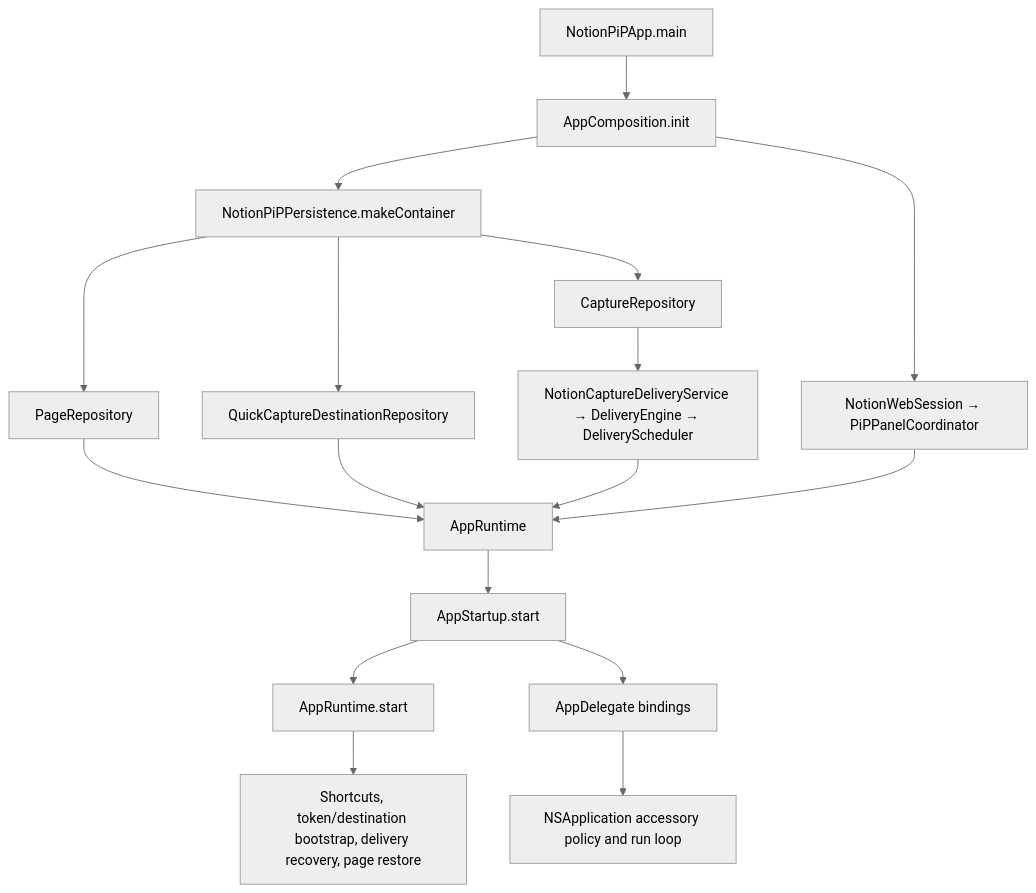
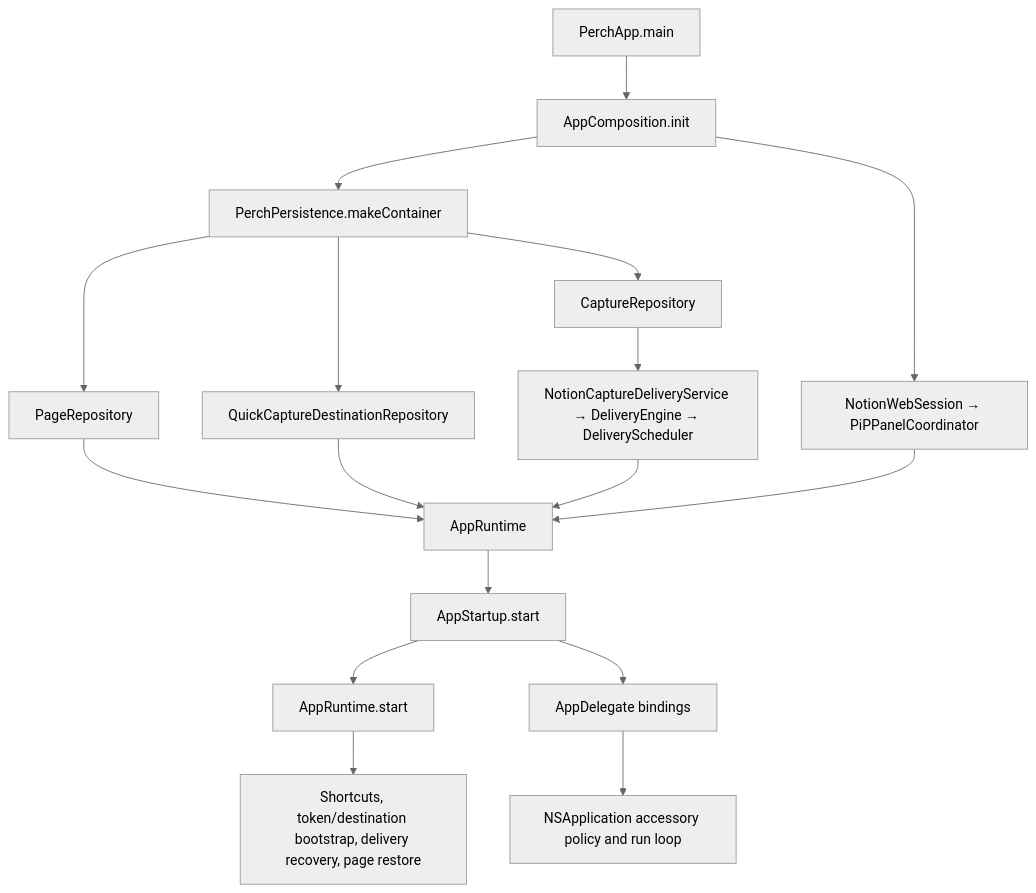
One commit to fantomsuj/notion-pip changed the first of 6 diagrams in docs/course/ARCHITECTURE_MAP.md. Above: the diagram before and after it, drawn with Mermaid (neutral theme). The commit also changed other lines of this file and 321 other files, not shown here.

Commit message:
Rename Notion PiP to Perch

````diff
--- a/docs/course/ARCHITECTURE_MAP.md
+++ b/docs/course/ARCHITECTURE_MAP.md
@@ -41,19 +41,19 @@
 ```mermaid
 flowchart TD
-    A["NotionPiPApp.main"] --> B["AppComposition.init"]
-    B --> C["NotionPiPPersistence.makeContainer"]
+    A["PerchApp.main"] --> B["AppComposition.init"]
+    B --> C["PerchPersistence.makeContainer"]
     C --> D["PageRepository"]
     C --> E["CaptureRepository"]
     C --> F["QuickCaptureDestinationRepository"]
     E --> G["NotionCaptureDeliveryService → DeliveryEngine → DeliveryScheduler"]
     B --> H["NotionWebSession → PiPPanelCoordinator"]
     D --> I["AppRuntime"]
     F --> I
     G --> I
     H --> I
     I --> J["AppStartup.start"]
     J --> K["AppRuntime.start"]
     J --> L["AppDelegate bindings"]
     K --> M["Shortcuts, token/destination bootstrap, delivery recovery, page restore"]
     L --> N["NSApplication accessory policy and run loop"]
 ```
````
